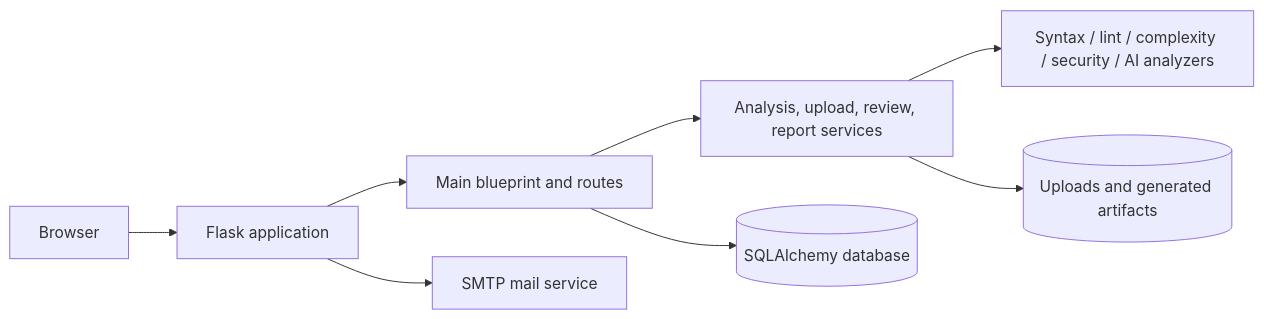
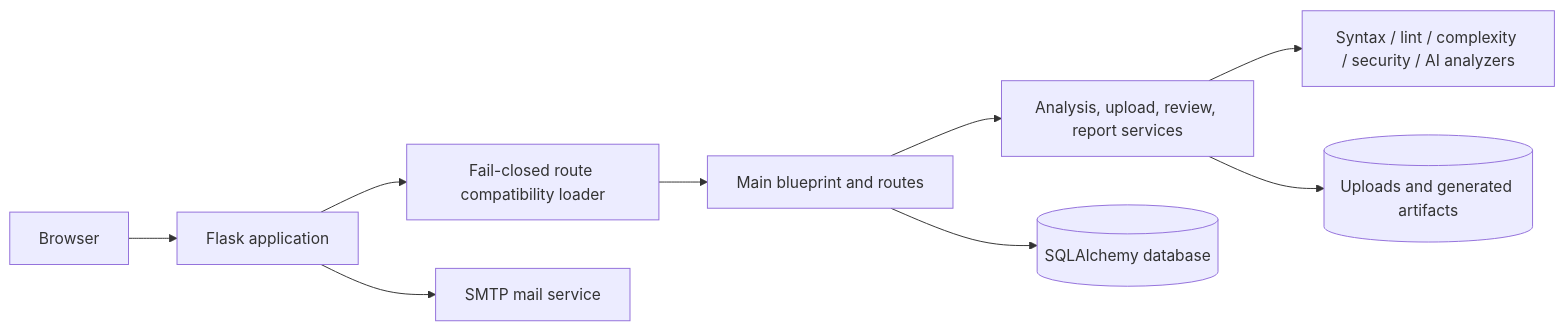
One commit to HaziqBinAfzal/HR-Presents-Sentrix changed the diagram in README.md. Above: the diagram before and after it, drawn with Mermaid. The commit also changed other lines of this file, not shown here.

Commit message:
docs: record route-loader repair and Actions policy blocker

````diff
--- a/README.md
+++ b/README.md
@@ -50,10 +52,11 @@
 ```mermaid
 flowchart LR
     U[Browser] --> W[Flask application]
-    W --> R[Main blueprint and routes]
+    W --> L[Fail-closed route compatibility loader]
+    L --> R[Main blueprint and routes]
     R --> S[Analysis, upload, review, report services]
     S --> A[Syntax / lint / complexity / security / AI analyzers]
     R --> D[(SQLAlchemy database)]
     S --> F[(Uploads and generated artifacts)]
     W --> M[SMTP mail service]
 ```
````
